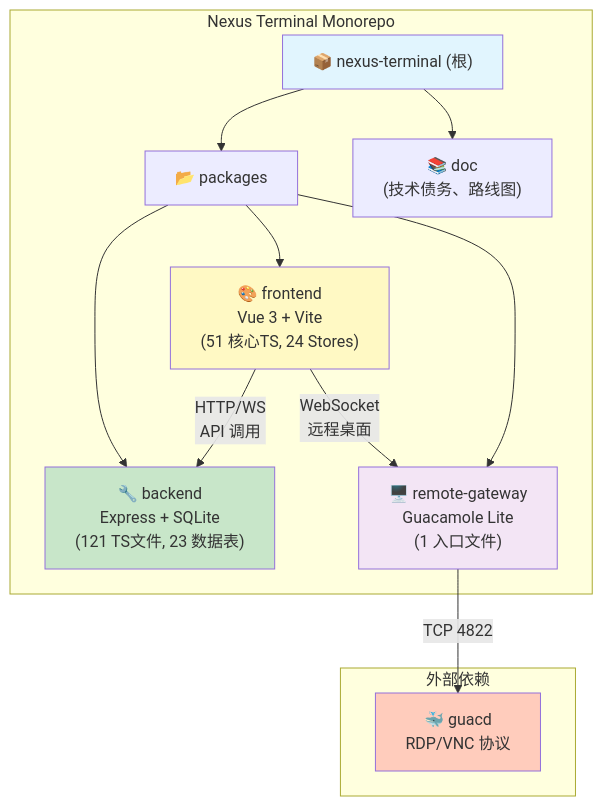
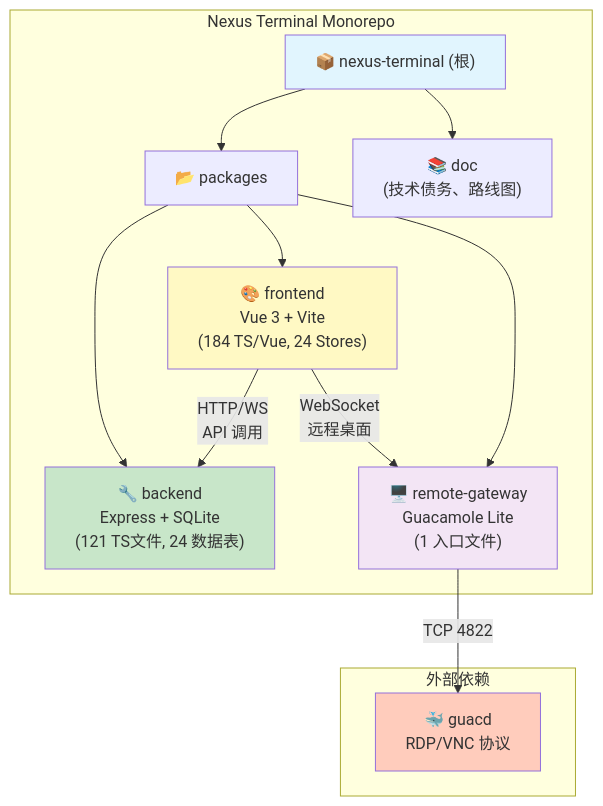
One commit to 0honus0/nexus-terminal changed the first of 2 diagrams in CLAUDE.md. Above: the diagram before and after it, drawn with Mermaid. The commit also changed other lines of this file and 1 other file, not shown here.

````diff
--- a/CLAUDE.md
+++ b/CLAUDE.md
@@ -75,28 +97,28 @@
 ```mermaid
 graph TD
     subgraph "Nexus Terminal Monorepo"
         A["📦 nexus-terminal (根)"] --> B["📂 packages"]
-        B --> C["🔧 backend<br/>Express + SQLite<br/>(121 TS文件, 23 数据表)"]
-        B --> D["🎨 frontend<br/>Vue 3 + Vite<br/>(51 核心TS, 24 Stores)"]
+        B --> C["🔧 backend<br/>Express + SQLite<br/>(121 TS文件, 24 数据表)"]
+        B --> D["🎨 frontend<br/>Vue 3 + Vite<br/>(184 TS/Vue, 24 Stores)"]
         B --> E["🖥️ remote-gateway<br/>Guacamole Lite<br/>(1 入口文件)"]
         A --> F["📚 doc<br/>(技术债务、路线图)"]
     end
 
     subgraph "外部依赖"
         G["🐳 guacd<br/>RDP/VNC 协议"]
     end
 
     D -- "HTTP/WS<br/>API 调用" --> C
     D -- "WebSocket<br/>远程桌面" --> E
     E -- "TCP 4822" --> G
 
     click C "./packages/backend/CLAUDE.md" "查看 backend 模块文档"
     click D "./packages/frontend/CLAUDE.md" "查看 frontend 模块文档"
     click E "./packages/remote-gateway/CLAUDE.md" "查看 remote-gateway 模块文档"
 
     style A fill:#e1f5fe
     style C fill:#c8e6c9
     style D fill:#fff9c4
     style E fill:#f3e5f5
     style G fill:#ffccbc
 ```
````
